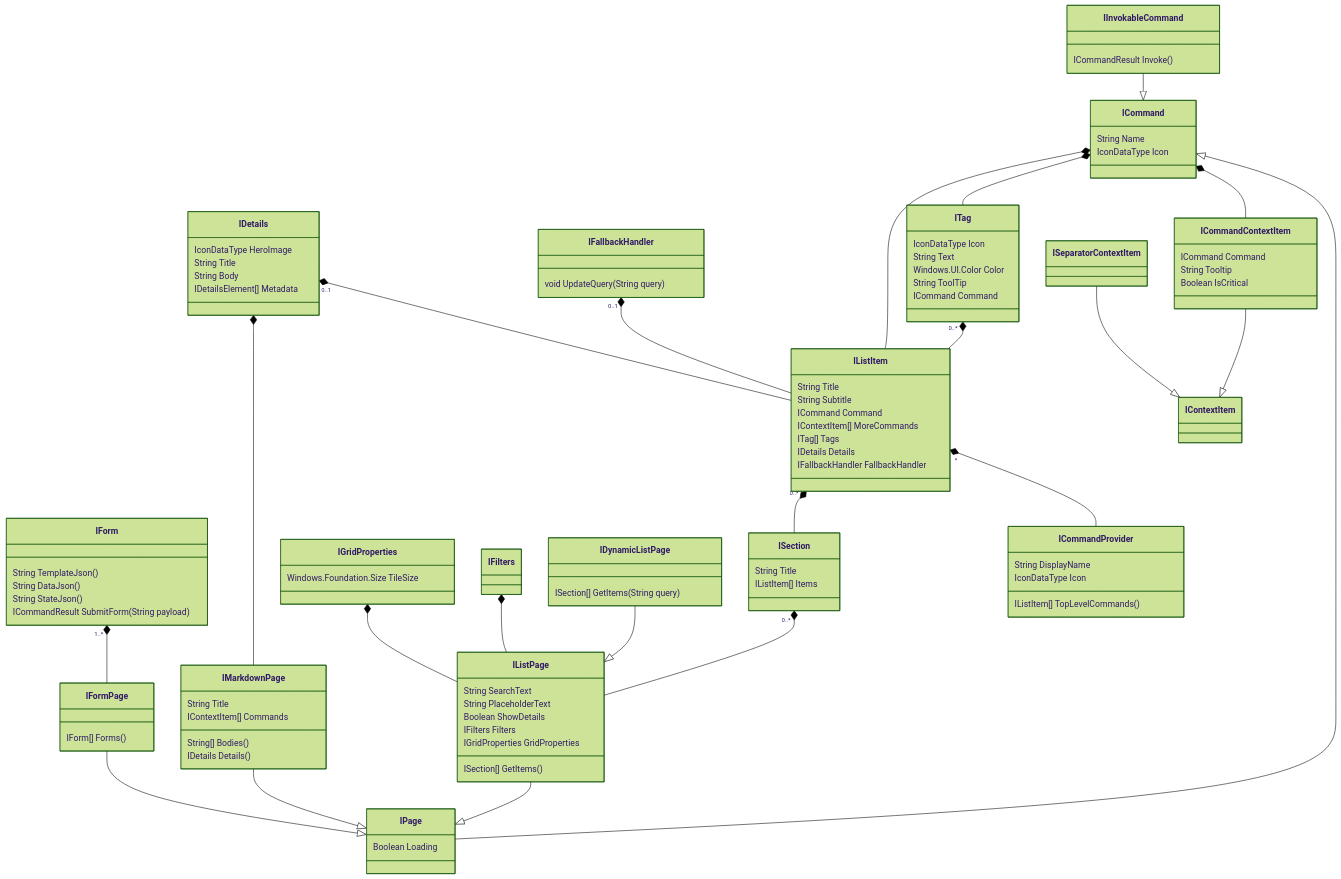
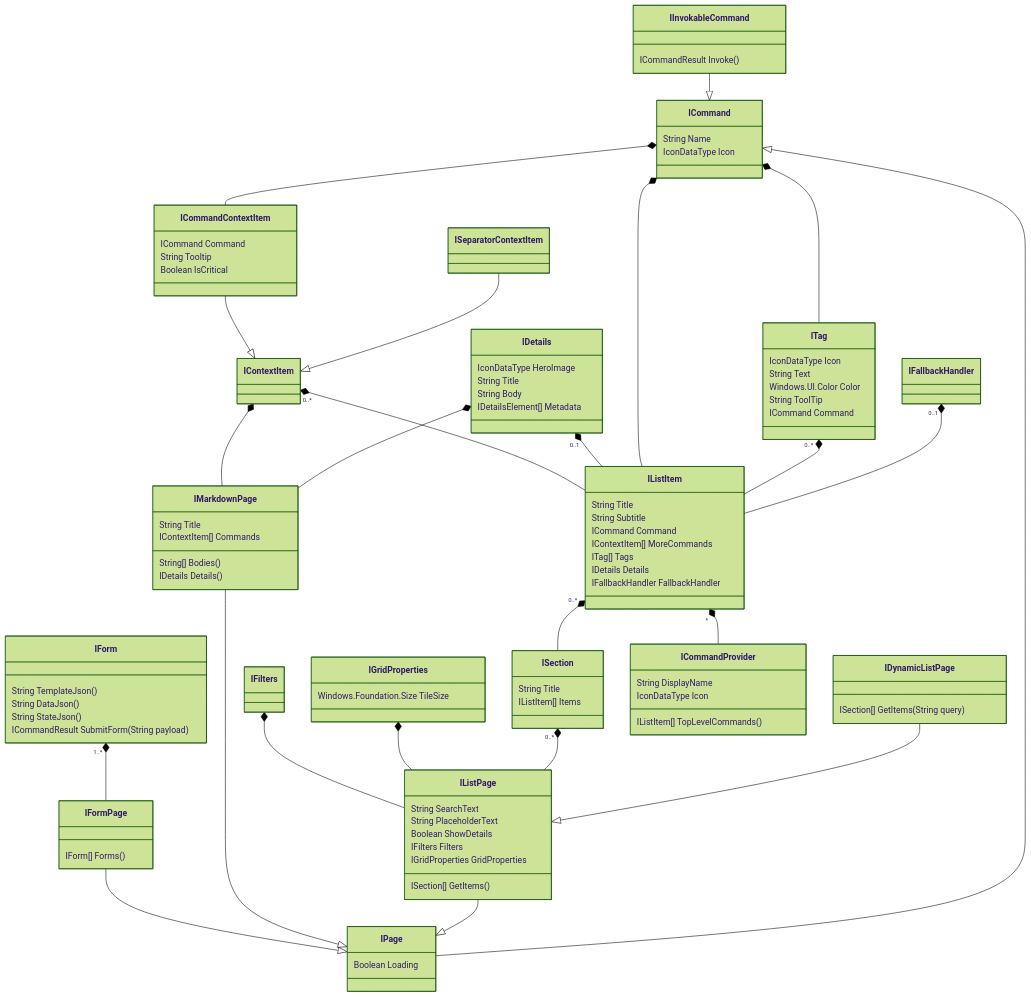
One commit to zadjii-msft/PowerToys changed the diagram in src/modules/cmdpal/doc/initial-sdk-spec/diagrams.md. Above: the diagram before and after it, drawn with Mermaid (forest theme). The commit also changed 1 other file, not shown here.

Commit message:
oh dear I forgot that relationship and that makes the diagram spaghetti

```diff
--- a/src/modules/cmdpal/doc/initial-sdk-spec/diagrams.md
+++ b/src/modules/cmdpal/doc/initial-sdk-spec/diagrams.md
@@ -36,12 +36,31 @@
         IContextItem[] Commands
     }
     %% IMarkdownPage *-- IDetails
+    IContextItem *-- IMarkdownPage
     IDetails *-- IMarkdownPage
     %%%%%%%%%
 
-    class IFallbackHandler {
-        void UpdateQuery(String query)
-    }
+    %% class IFilterItem
+
+    %% ISeparatorFilterItem --|> IFilterItem
+    %% class ISeparatorFilterItem
+
+    %% IFilter --|> IFilterItem
+    %% class IFilter  {
+    %%     String Id
+    %%     String Name
+    %%     IconDataType Icon
+    %% }
+
+    %% class IFilters {
+    %%     String CurrentFilterId
+    %%     IFilterItem[] AvailableFilters()
+    %% }
+    %% IFilterItem "*" *-- IFilters
+
+    %% class IFallbackHandler {
+    %%     void UpdateQuery(String query)
+    %% }
 
 
     %% IListItem --|> INotifyPropChanged
@@ -54,9 +73,10 @@
         IDetails Details
         IFallbackHandler FallbackHandler
     }
+    IContextItem "0..*" *-- IListItem
+    IDetails "0..1" *-- IListItem
     ICommand *-- IListItem
     ITag "0..*" *-- IListItem
-    IDetails "0..1" *-- IListItem
     IFallbackHandler "0..1" *-- IListItem
 
     class ISection {
```
